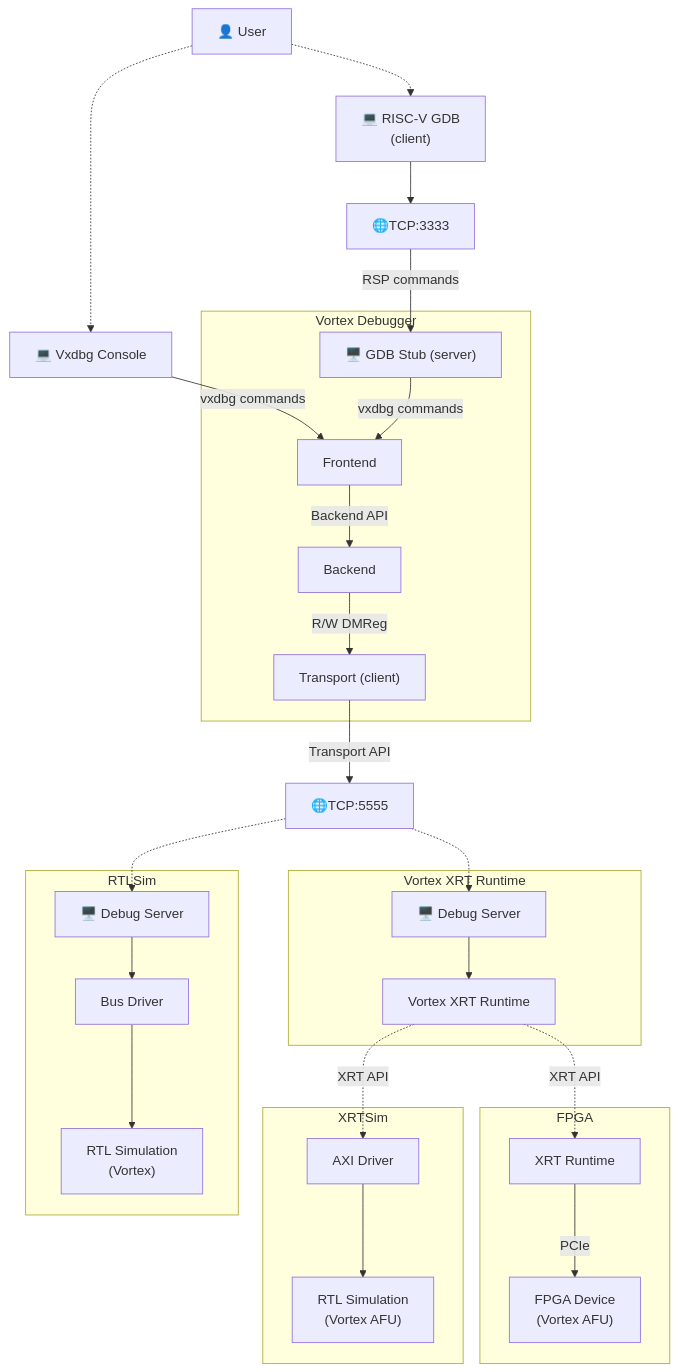
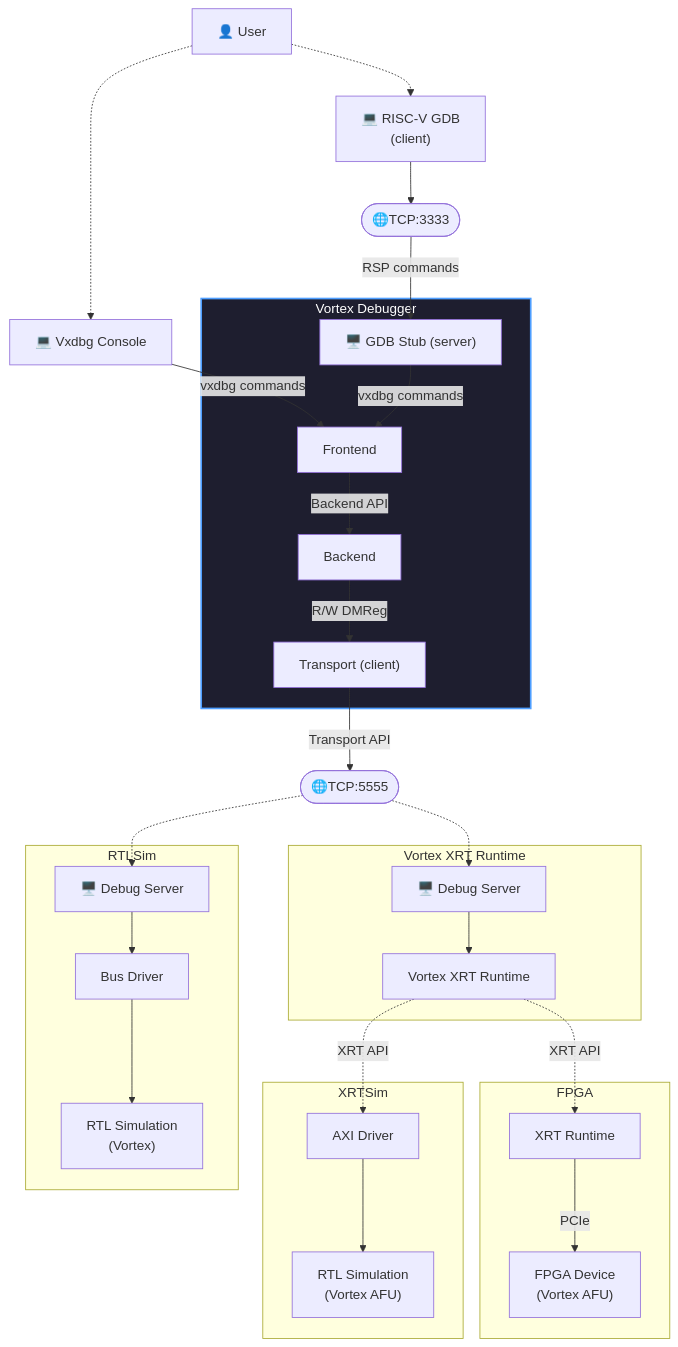
The diagram in README.md (saursin/vxdebug), drawn with Mermaid before and after one commit. The commit also changed other lines of this file and 1 other file, not shown here.

Commit message:
add test target in Makefile

````diff
--- a/README.md
+++ b/README.md
@@ -5,56 +5,57 @@
 ```mermaid
 flowchart TD 
     user[👤 User]
-    p1[🌐TCP:3333]
+    p1([🌐TCP:3333])
     gdb["💻 RISC-V GDB<br/>(client)"]
     console[💻 Vxdbg Console]
     subgraph vxdbg[Vortex Debugger]
         Ds["🖥️ GDB Stub (server)"]
         Df[Frontend] 
         Db[Backend]
         Dt["Transport (client)"]
         Ds -- "vxdbg commands" --> Df
         Df -- "Backend API" --> Db
         Db -- "R/W DMReg" --> Dt
     end
+    style vxdbg fill:#1e1e2f,stroke:#4e9eff,stroke-width:2px,color:white
     
-    p2[🌐TCP:5555]
+    p2([🌐TCP:5555])
     user .-> console -- "vxdbg commands" --> Df
     user .-> gdb --> p1 -- "RSP commands" --> Ds
     Dt -- "Transport API" --> p2
     
     %% RTLSIm 
     subgraph rtlsim[RTLSim]
         Rs[🖥️ Debug Server]
         Rb[Bus Driver]
         Rm["RTL Simulation<br/>(Vortex)"]
         Rs --> Rb --> Rm
     end
     
     p2 .-> Rs
     
     %% XrtSim
     subgraph xrtruntime[Vortex XRT Runtime]
         Xrs[🖥️ Debug Server]
         Xrt[Vortex XRT Runtime]
         Xrs --> Xrt
     end
     
     subgraph xrtsim[XRTSim]
         Xsa[AXI Driver]
         Xsm["RTL Simulation<br/>(Vortex AFU)"]
         Xsa --> Xsm 
     end
     
     Xrt .->|XRT API| Xsa 
     
     %% FPGA
     subgraph F[FPGA]
         Fxr[XRT Runtime]
         Fxd["FPGA Device<br/>(Vortex AFU)"]
         Fxr -- "PCIe" --> Fxd
     end
     Xrt .-> |XRT API| Fxr
     
     p2 .-> Xrs
 ```
````
